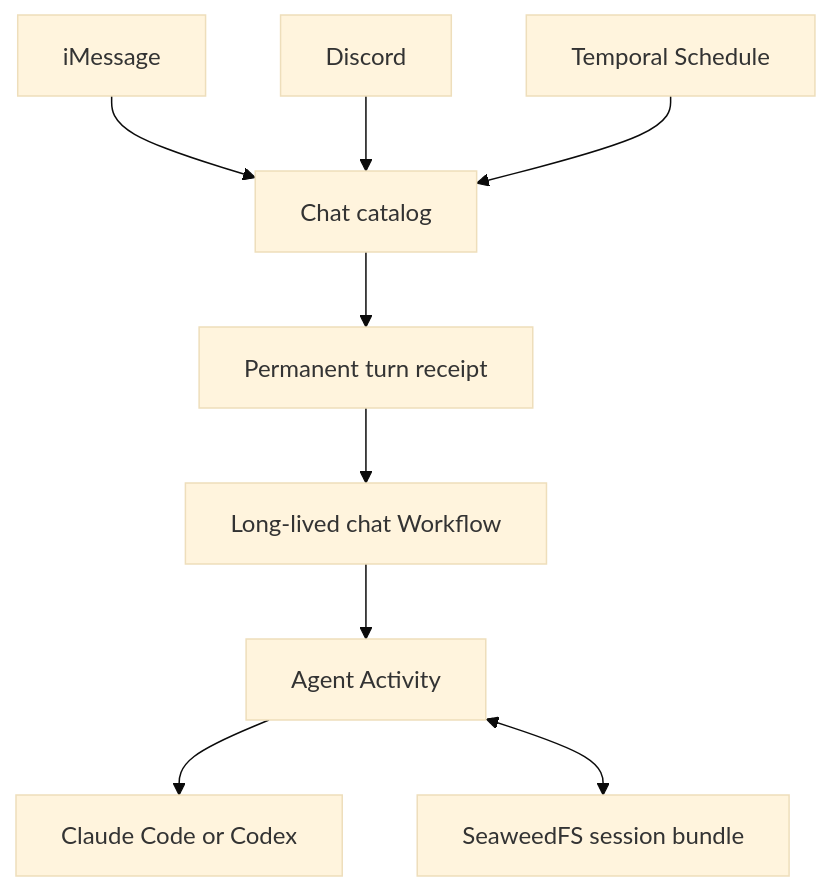
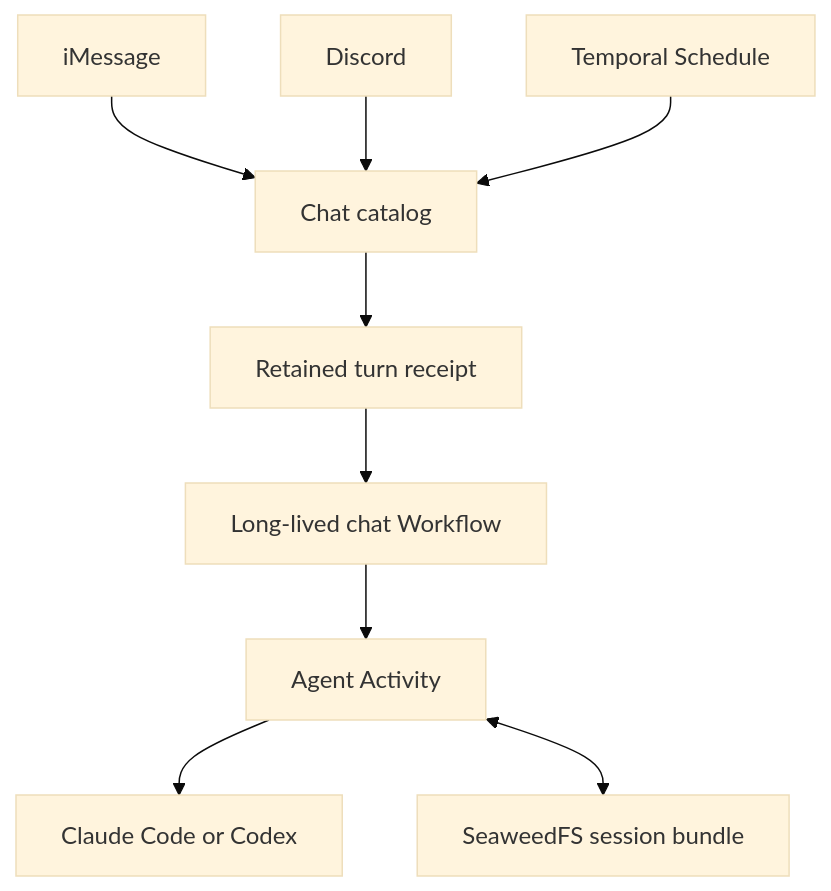
One commit to shepherdjerred/monorepo changed the diagram in packages/docs/wiki/src/content/docs/explanation/temporal/durable-agent-chats.md. Above: the diagram before and after it, drawn with Mermaid (base theme). The commit also changed other lines of this file and 2 other files, not shown here.

First line of the commit message:
docs(temporal): bound chat receipt idempotency

````diff
--- a/packages/docs/wiki/src/content/docs/explanation/temporal/durable-agent-chats.md
+++ b/packages/docs/wiki/src/content/docs/explanation/temporal/durable-agent-chats.md
@@ -13,14 +13,14 @@
 ```mermaid
 flowchart TB
   accTitle: Durable agent chat boundaries
   accDescr: iMessage, Discord, and schedules submit turns through one catalog. A long-lived Temporal workflow serializes each chat. The agent worker hydrates a provider session from SeaweedFS into a fresh workspace, runs Claude or Codex, and persists the next session slice.
 
   I[iMessage] --> C[Chat catalog]
   D[Discord] --> C
   S[Temporal Schedule] --> C
-  C --> R[Permanent turn receipt]
+  C --> R[Retained turn receipt]
   R --> W[Long-lived chat Workflow]
   W --> A[Agent Activity]
   A --> P[Claude Code or Codex]
   A <--> O[SeaweedFS session bundle]
 ```
````
